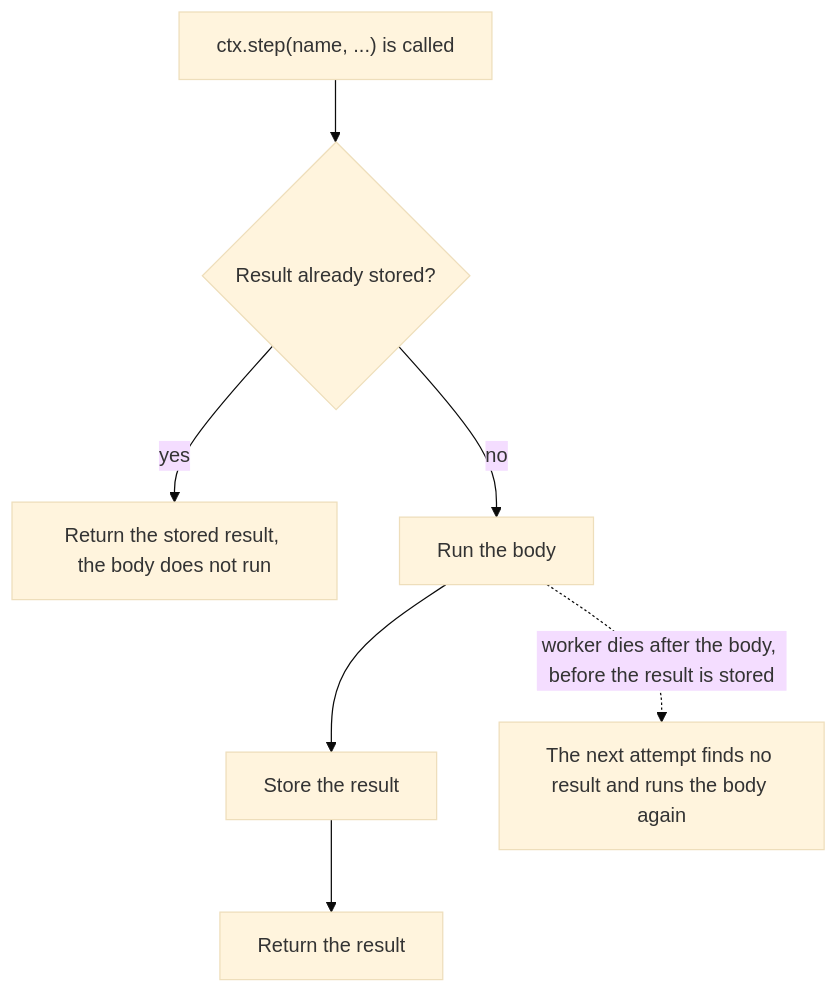
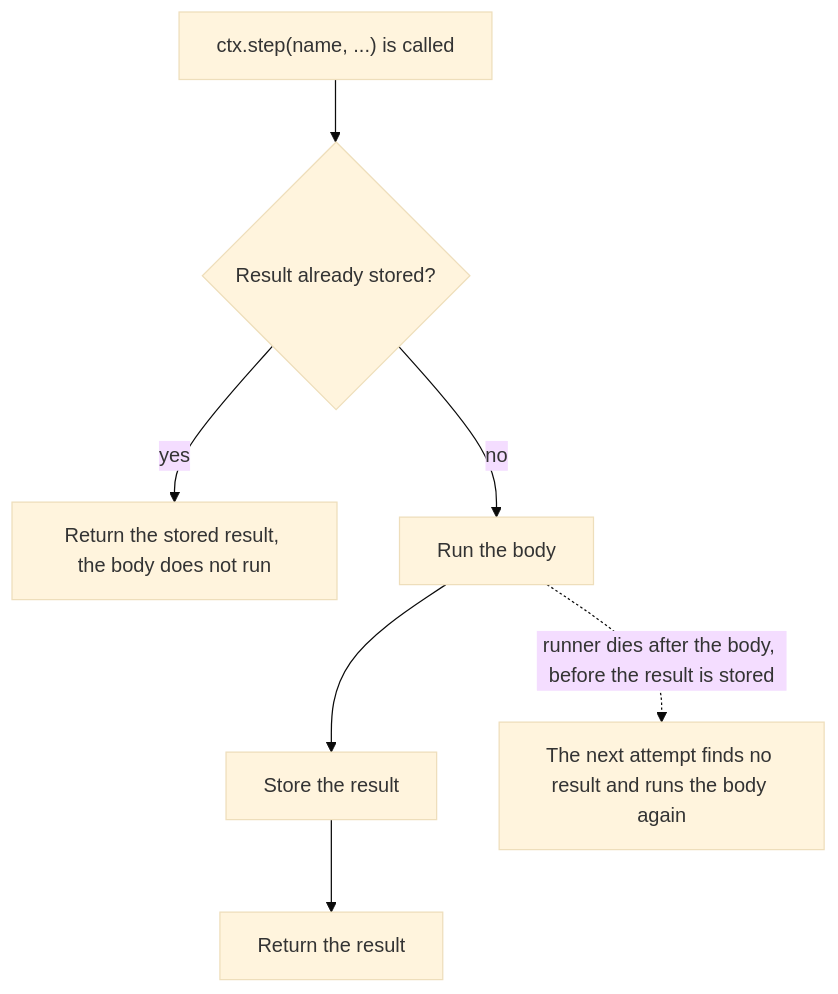
One commit to BonfireTrunk/bth4j changed the second of 2 diagrams in docs/tasks.md. Above: the diagram before and after it, drawn with Mermaid (base theme). The commit also changed other lines of this file and 83 other files, not shown here.

First line of the commit message:
Call the process that runs tasks a runner everywhere

````diff
--- a/docs/tasks.md
+++ b/docs/tasks.md
@@ -83,9 +83,9 @@
 ```mermaid
 flowchart TD
     A["ctx.step(name, ...) is called"] --> B{"Result already stored?"}
     B -->|"yes"| C["Return the stored result, the body does not run"]
     B -->|"no"| D["Run the body"]
     D --> E["Store the result"]
     E --> F["Return the result"]
-    D -.->|"worker dies after the body, before the result is stored"| G["The next attempt finds no result and runs the body again"]
+    D -.->|"runner dies after the body, before the result is stored"| G["The next attempt finds no result and runs the body again"]
 ```
````
